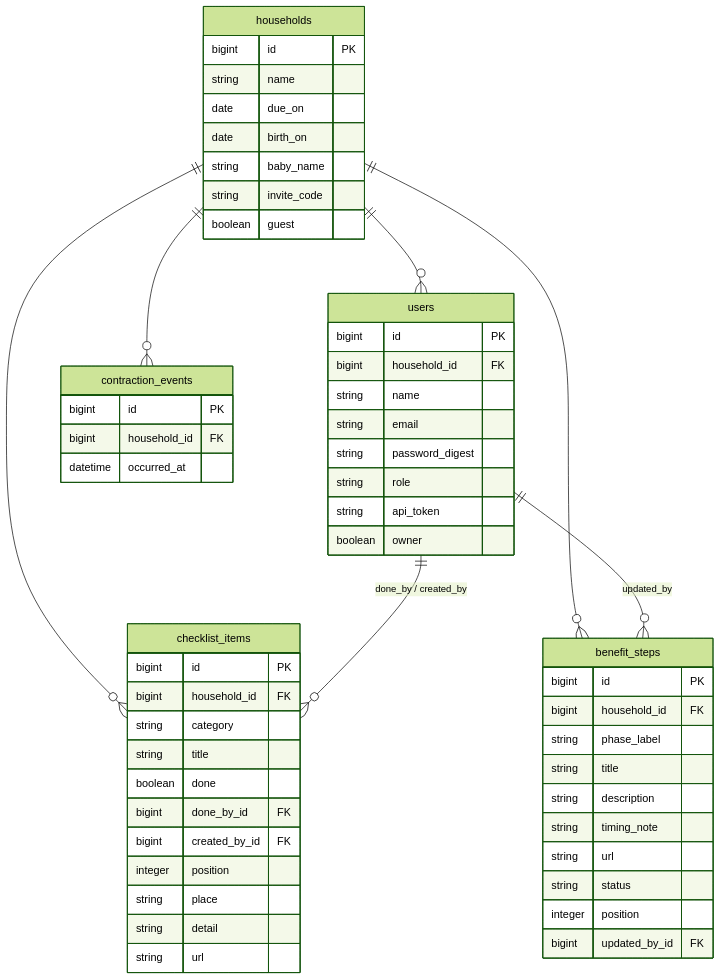
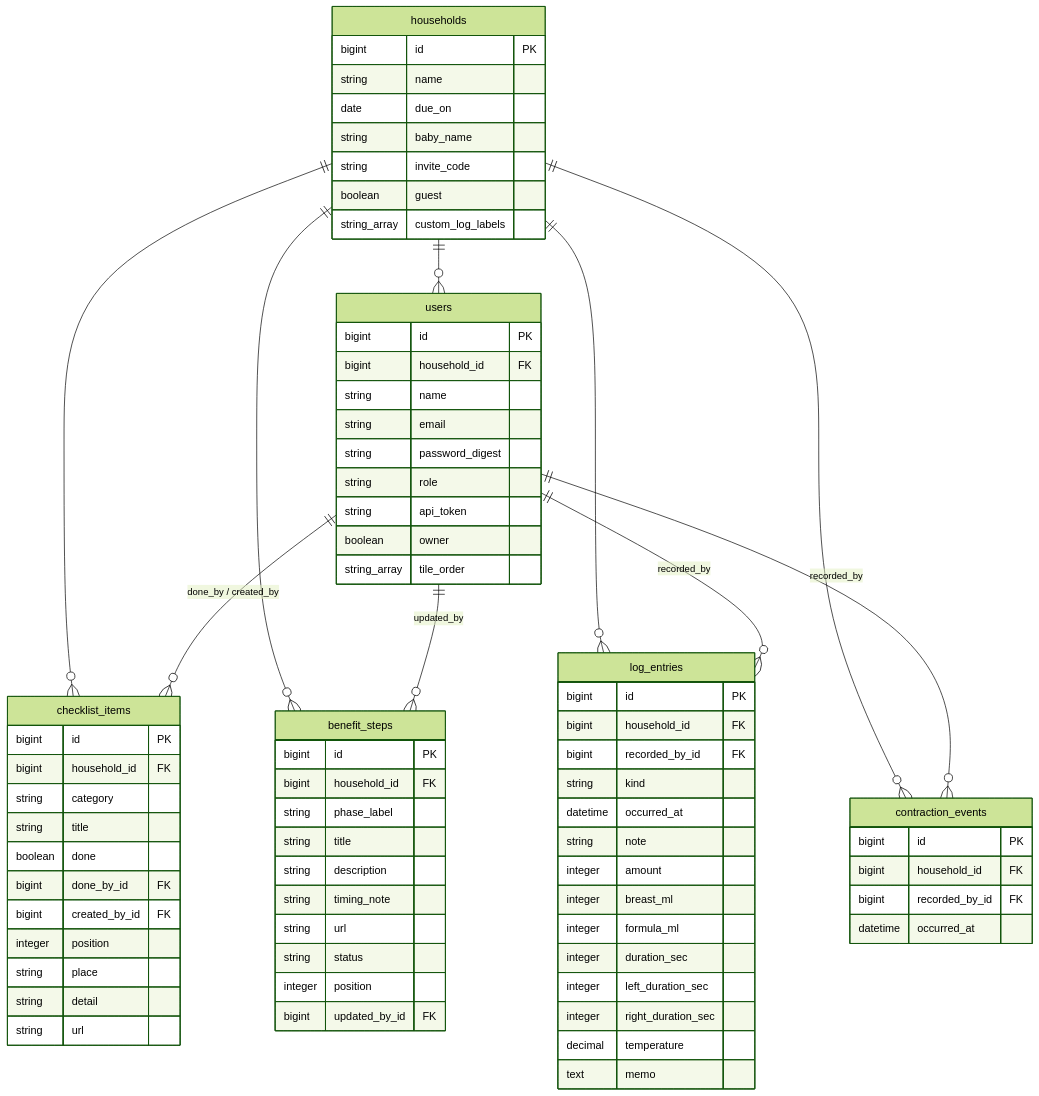
Before and after one commit to kazkaz9717/papa_app: the diagram in README.md, drawn with Mermaid (forest theme). The commit also changed other lines of this file and 3 other files, not shown here.

````diff
--- a/README.md
+++ b/README.md
@@ -77,59 +96,80 @@
 ```mermaid
 erDiagram
     households {
         bigint id PK
         string name
         date due_on
-        date birth_on
         string baby_name
         string invite_code
         boolean guest
+        string_array custom_log_labels
     }
     users {
         bigint id PK
         bigint household_id FK
         string name
         string email
         string password_digest
         string role
         string api_token
         boolean owner
+        string_array tile_order
     }
     checklist_items {
         bigint id PK
         bigint household_id FK
         string category
         string title
         boolean done
         bigint done_by_id FK
         bigint created_by_id FK
         integer position
         string place
         string detail
         string url
     }
     contraction_events {
         bigint id PK
         bigint household_id FK
+        bigint recorded_by_id FK
         datetime occurred_at
     }
     benefit_steps {
         bigint id PK
         bigint household_id FK
         string phase_label
         string title
         string description
         string timing_note
         string url
         string status
         integer position
         bigint updated_by_id FK
     }
+    log_entries {
+        bigint id PK
+        bigint household_id FK
+        bigint recorded_by_id FK
+        string kind
+        datetime occurred_at
+        string note
+        integer amount
+        integer breast_ml
+        integer formula_ml
+        integer duration_sec
+        integer left_duration_sec
+        integer right_duration_sec
+        decimal temperature
+        text memo
+    }
 
     households ||--o{ users : ""
     households ||--o{ checklist_items : ""
     households ||--o{ contraction_events : ""
     households ||--o{ benefit_steps : ""
+    households ||--o{ log_entries : ""
     users ||--o{ checklist_items : "done_by / created_by"
     users ||--o{ benefit_steps : "updated_by"
+    users ||--o{ log_entries : "recorded_by"
+    users ||--o{ contraction_events : "recorded_by"
 ```
````
